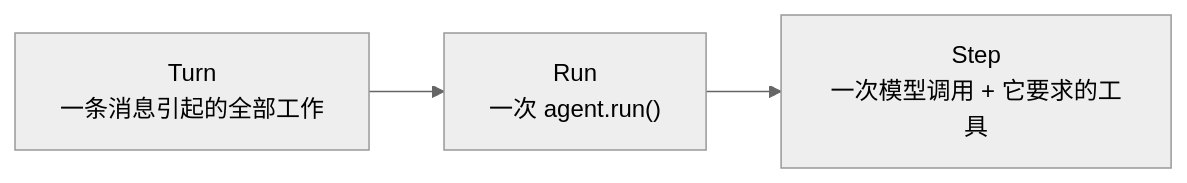
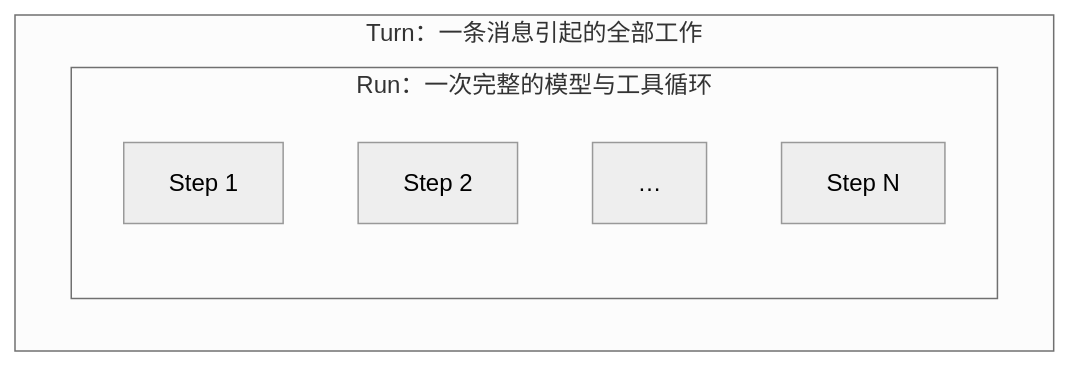
The diagram in website/src/content/docs/zh-cn/docs/concepts/turn.mdx (100gle/bub), drawn with Mermaid (neutral theme) before and after one commit. The commit also changed other lines of this file, not shown here.

````diff
--- a/website/src/content/docs/zh-cn/docs/concepts/turn.mdx
+++ b/website/src/content/docs/zh-cn/docs/concepts/turn.mdx
@@ -18,4 +16,11 @@
 ```mermaid
-flowchart LR
-  T["Turn<br/>一条消息引起的全部工作"] --> R["Run<br/>一次 agent.run()"] --> S["Step<br/>一次模型调用 + 它要求的工具"]
+flowchart TB
+  subgraph T["Turn：一条消息引起的全部工作"]
+    subgraph R["Run：一次完整的模型与工具循环"]
+      S1["Step 1"]
+      S2["Step 2"]
+      DOTS["…"]
+      SN["Step N"]
+    end
+  end
 ```
````
